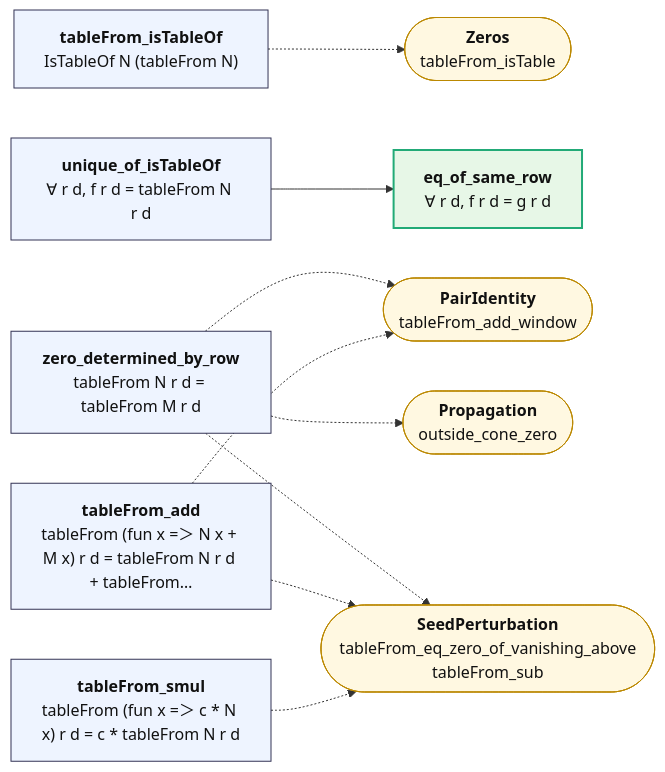
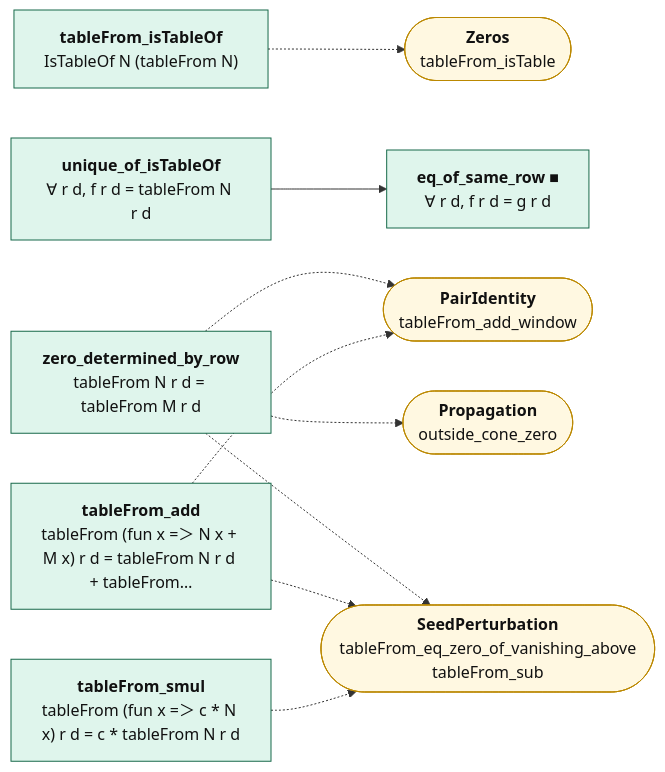
Before and after one commit to juliansambranojr/Primebeat_081426: the diagram in map/lean/Construction.md, drawn with Mermaid. The commit also changed other lines of this file and 398 other files, not shown here.

````diff
--- a/map/lean/Construction.md
+++ b/map/lean/Construction.md
@@ -12,26 +12,29 @@
 ```mermaid
 flowchart LR
-  n0["<b>tableFrom_isTableOf</b><br/>IsTableOf N (tableFrom N)"]:::thm
-  n1["<b>unique_of_isTableOf</b><br/>∀ r d, f r d = tableFrom N r d"]:::thm
-  n2["<b>eq_of_same_row</b><br/>∀ r d, f r d = g r d"]:::end_
-  n3["<b>zero_determined_by_row</b><br/>tableFrom N r d = tableFrom M r d"]:::thm
-  n4["<b>tableFrom_add</b><br/>tableFrom (fun x =＞ N x + M x) r d = tableFrom N r d + tableFrom…"]:::thm
-  n5["<b>tableFrom_smul</b><br/>tableFrom (fun x =＞ c * N x) r d = c * tableFrom N r d"]:::thm
+  n0["<b>tableFrom_isTableOf</b><br/>IsTableOf N (tableFrom N)"]:::cnt
+  n1["<b>unique_of_isTableOf</b><br/>∀ r d, f r d = tableFrom N r d"]:::cnt
+  n2["<b>eq_of_same_row ■</b><br/>∀ r d, f r d = g r d"]:::cnt
+  n3["<b>zero_determined_by_row</b><br/>tableFrom N r d = tableFrom M r d"]:::cnt
+  n4["<b>tableFrom_add</b><br/>tableFrom (fun x =＞ N x + M x) r d = tableFrom N r d + tableFrom…"]:::cnt
+  n5["<b>tableFrom_smul</b><br/>tableFrom (fun x =＞ c * N x) r d = c * tableFrom N r d"]:::cnt
   x0(["<b>Zeros</b><br/>tableFrom_isTable"]):::ext
   x1(["<b>PairIdentity</b><br/>tableFrom_add_window"]):::ext
   x2(["<b>Propagation</b><br/>outside_cone_zero"]):::ext
   x3(["<b>SeedPerturbation</b><br/>tableFrom_eq_zero_of_vanishing_above<br/>tableFrom_sub"]):::ext
   n1 --> n2
   n0 -.-> x0
   n3 -.-> x1
   n3 -.-> x2
   n3 -.-> x3
   n4 -.-> x1
   n4 -.-> x3
   n5 -.-> x3
+  classDef cnt fill:#dff5ec,stroke:#17694a,color:#111
+  classDef shp fill:#f1ecfb,stroke:#5b3fa0,color:#111
+  classDef rh fill:#ffe5e5,stroke:#c22,color:#111,stroke-width:2px
   classDef thm fill:#eef4ff,stroke:#335,color:#111
   classDef end_ fill:#e7f7e7,stroke:#2a7,color:#111,stroke-width:2px
   classDef lone fill:#fff,stroke:#999,color:#111,stroke-dasharray:4 3
   classDef bad fill:#ffe5e5,stroke:#c22,color:#111,stroke-width:2px
   classDef ext fill:#fff8e1,stroke:#b80,color:#111
 ```
````
